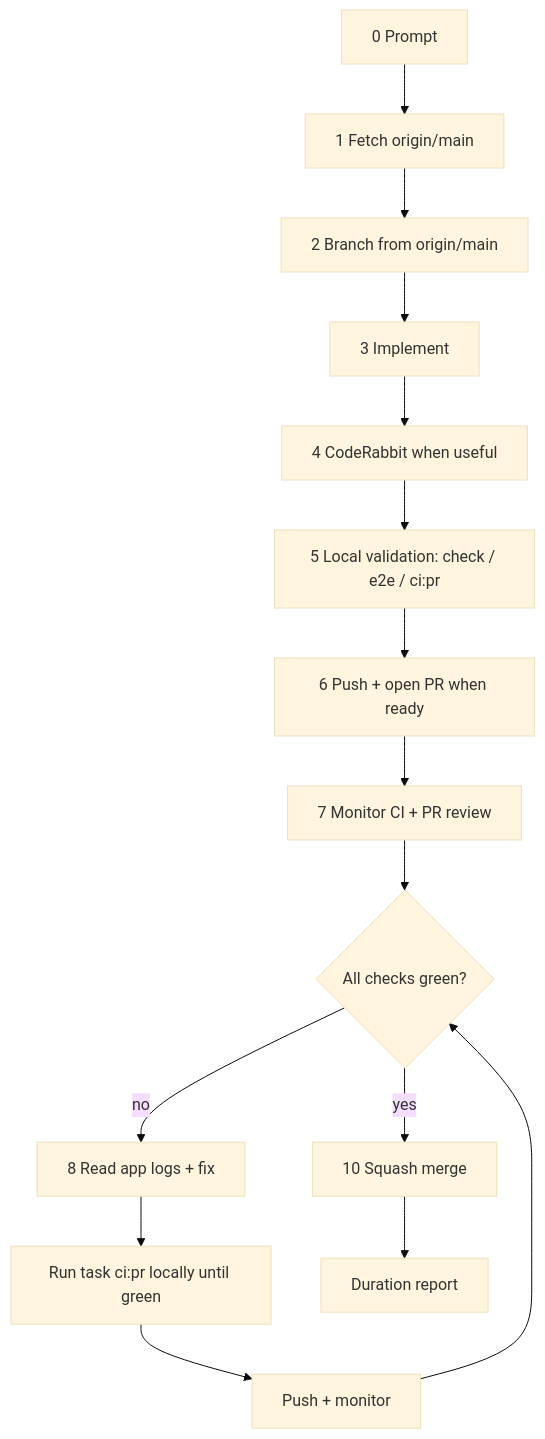
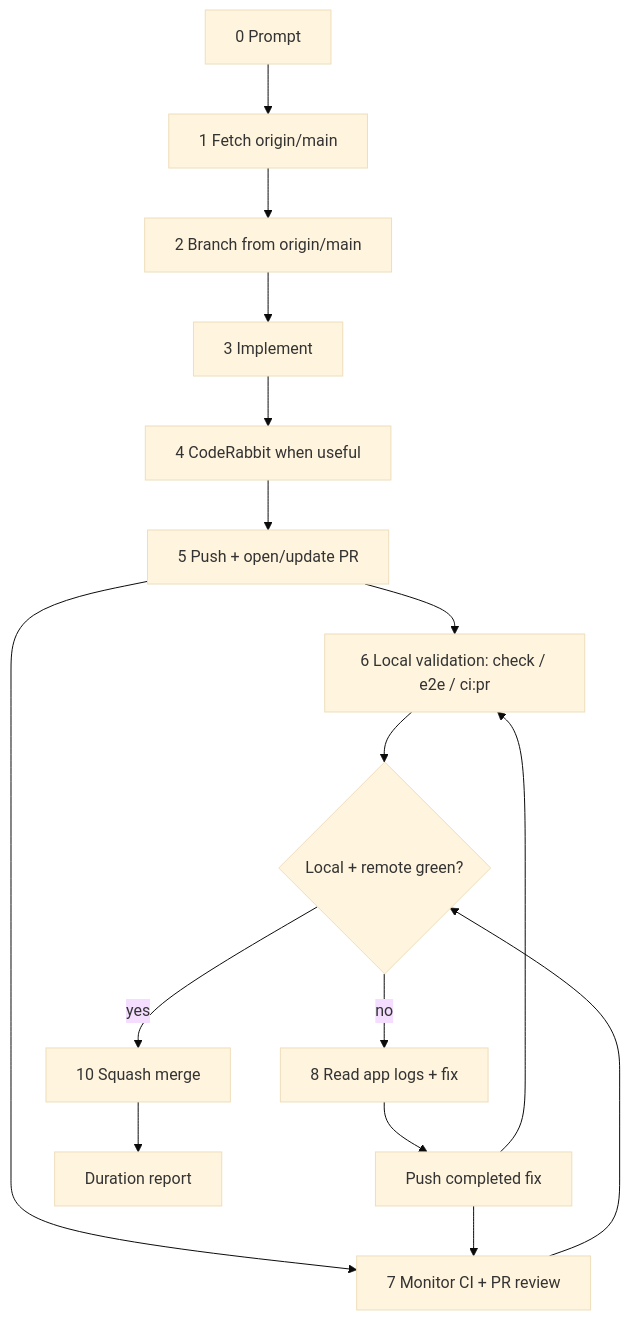
The diagram in .cortex/workflows/coding-bro.md (meta-secret/nook), drawn with Mermaid (base theme) before and after one commit. The commit also changed other lines of this file and 9 other files, not shown here.

````diff
--- a/.cortex/workflows/coding-bro.md
+++ b/.cortex/workflows/coding-bro.md
@@ -75,17 +87,18 @@
 ```mermaid
 flowchart TD
   P[0 Prompt] --> F[1 Fetch origin/main]
   F --> B[2 Branch from origin/main]
   B --> I[3 Implement]
   I --> CR[4 CodeRabbit when useful]
-  CR --> L[5 Local validation: check / e2e / ci:pr]
-  L --> PU[6 Push + open PR when ready]
+  CR --> PU[5 Push + open/update PR]
+  PU --> L[6 Local validation: check / e2e / ci:pr]
   PU --> PR[7 Monitor CI + PR review]
-  PR --> G{All checks green?}
+  L --> G{Local + remote green?}
+  PR --> G
   G -->|yes| M[10 Squash merge]
   G -->|no| FIX[8 Read app logs + fix]
-  FIX --> FULL[Run task ci:pr locally until green]
-  FULL --> PUSH[Push + monitor]
-  PUSH --> G
+  FIX --> PUSH[Push completed fix]
+  PUSH --> L
+  PUSH --> PR
   M --> D[Duration report]
 ```
````
